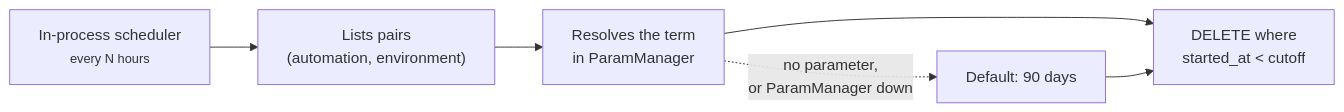
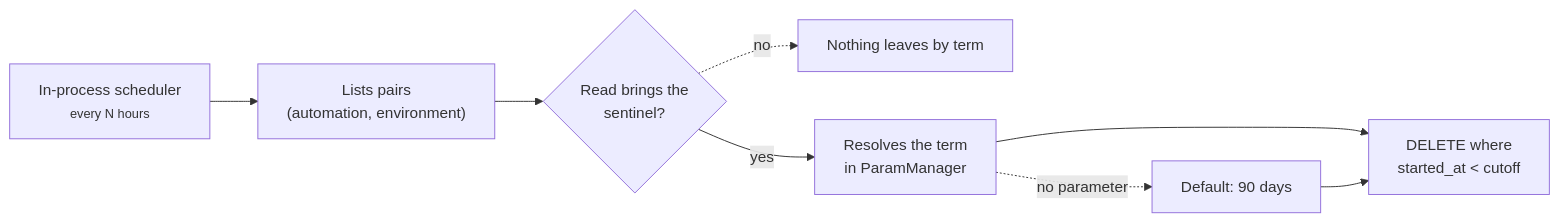
Before and after one commit to MatheusLPolidoro/docs-casehub: the fifth of 6 diagrams in docs/arquitetura.en.md, drawn with Mermaid. The commit also changed other lines of this file and 19 other files, not shown here.

````diff
--- a/docs/arquitetura.en.md
+++ b/docs/arquitetura.en.md
@@ -110,8 +110,10 @@
 ```mermaid
 flowchart LR
     T["In-process scheduler<br/><small>every N hours</small>"] --> L["Lists pairs<br/>(automation, environment)"]
-    L --> R["Resolves the term<br/>in ParamManager"]
+    L --> C{"Read brings the<br/>sentinel?"}
+    C -.->|"no"| N["Nothing leaves by term"]
+    C -->|yes| R["Resolves the term<br/>in ParamManager"]
     R --> D["DELETE where<br/>started_at < cutoff"]
-    R -.->|"no parameter,<br/>or ParamManager down"| DF["Default: 90 days"]
+    R -.->|"no parameter"| DF["Default: 90 days"]
     DF --> D
 ```
````
